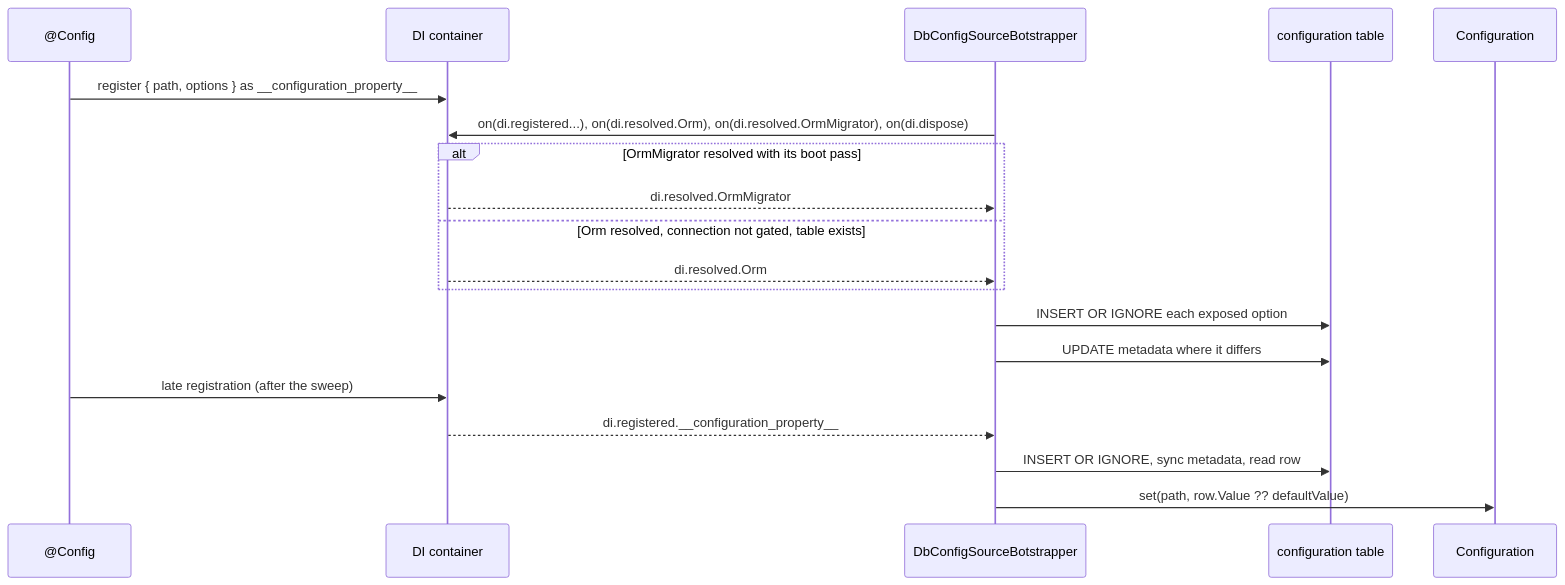
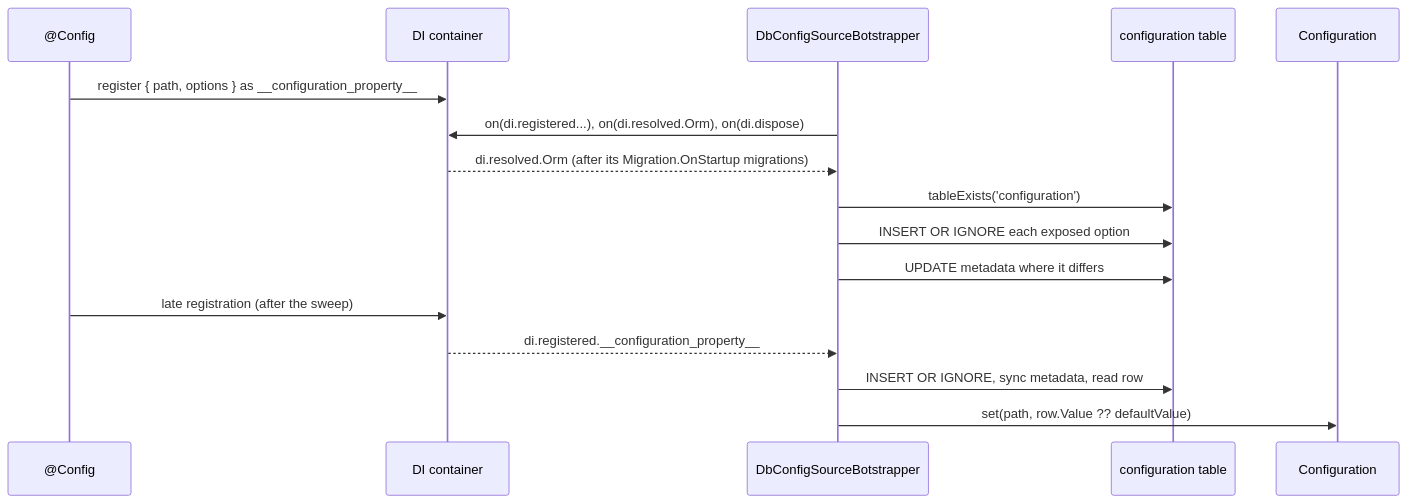
Before and after one commit to spinajs/main: the diagram in docs/configuration-db-source/02-exposing-options.md, drawn with Mermaid. The commit also changed other lines of this file and 179 other files, not shown here.

First line of the commit message:
feat(orm)!: Orm.resolve() applies the OnStartup migrations; seeds run on di.resolved.Orm (#412)

````diff
--- a/docs/configuration-db-source/02-exposing-options.md
+++ b/docs/configuration-db-source/02-exposing-options.md
@@ -32,21 +30,18 @@
 ```mermaid
 sequenceDiagram
   participant D as @Config
   participant DI as DI container
   participant B as DbConfigSourceBotstrapper
   participant DB as configuration table
   participant C as Configuration
   D->>DI: register { path, options } as __configuration_property__
-  B->>DI: on(di.registered...), on(di.resolved.Orm), on(di.resolved.OrmMigrator), on(di.dispose)
-  alt OrmMigrator resolved with its boot pass
-    DI-->>B: di.resolved.OrmMigrator
-  else Orm resolved, connection not gated, table exists
-    DI-->>B: di.resolved.Orm
-  end
+  B->>DI: on(di.registered...), on(di.resolved.Orm), on(di.dispose)
+  DI-->>B: di.resolved.Orm (after its Migration.OnStartup migrations)
+  B->>DB: tableExists('configuration')
   B->>DB: INSERT OR IGNORE each exposed option
   B->>DB: UPDATE metadata where it differs
   D->>DI: late registration (after the sweep)
   DI-->>B: di.registered.__configuration_property__
   B->>DB: INSERT OR IGNORE, sync metadata, read row
   B->>C: set(path, row.Value ?? defaultValue)
 ```
````
